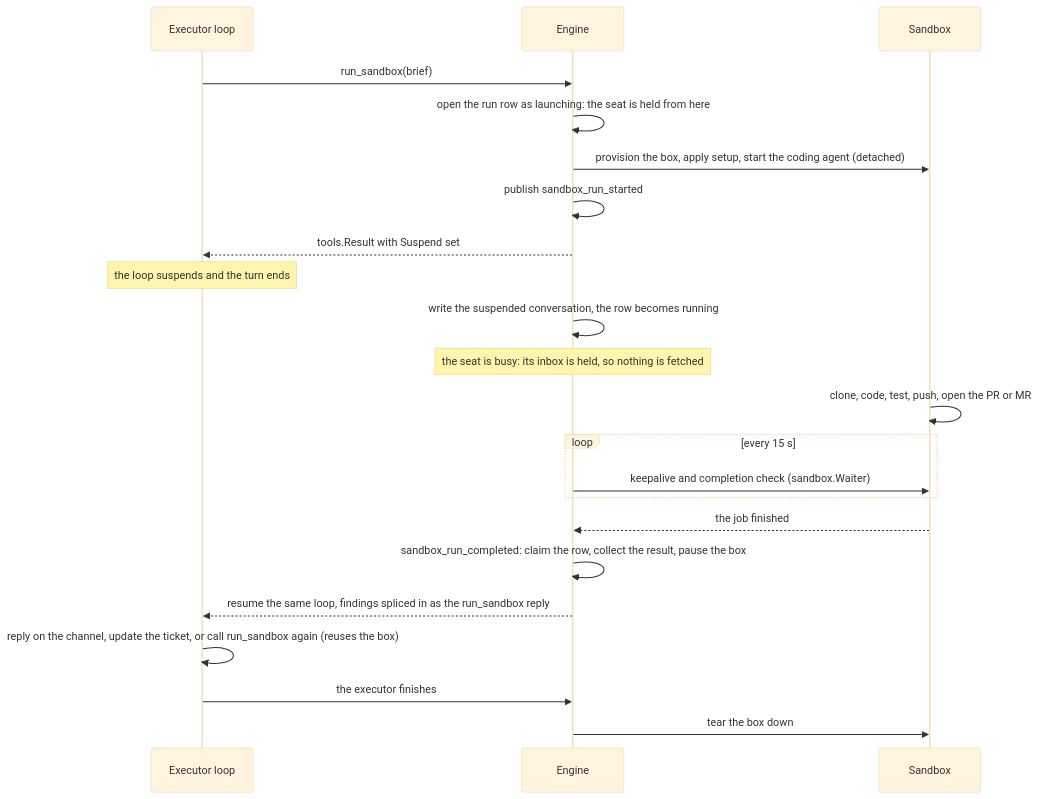
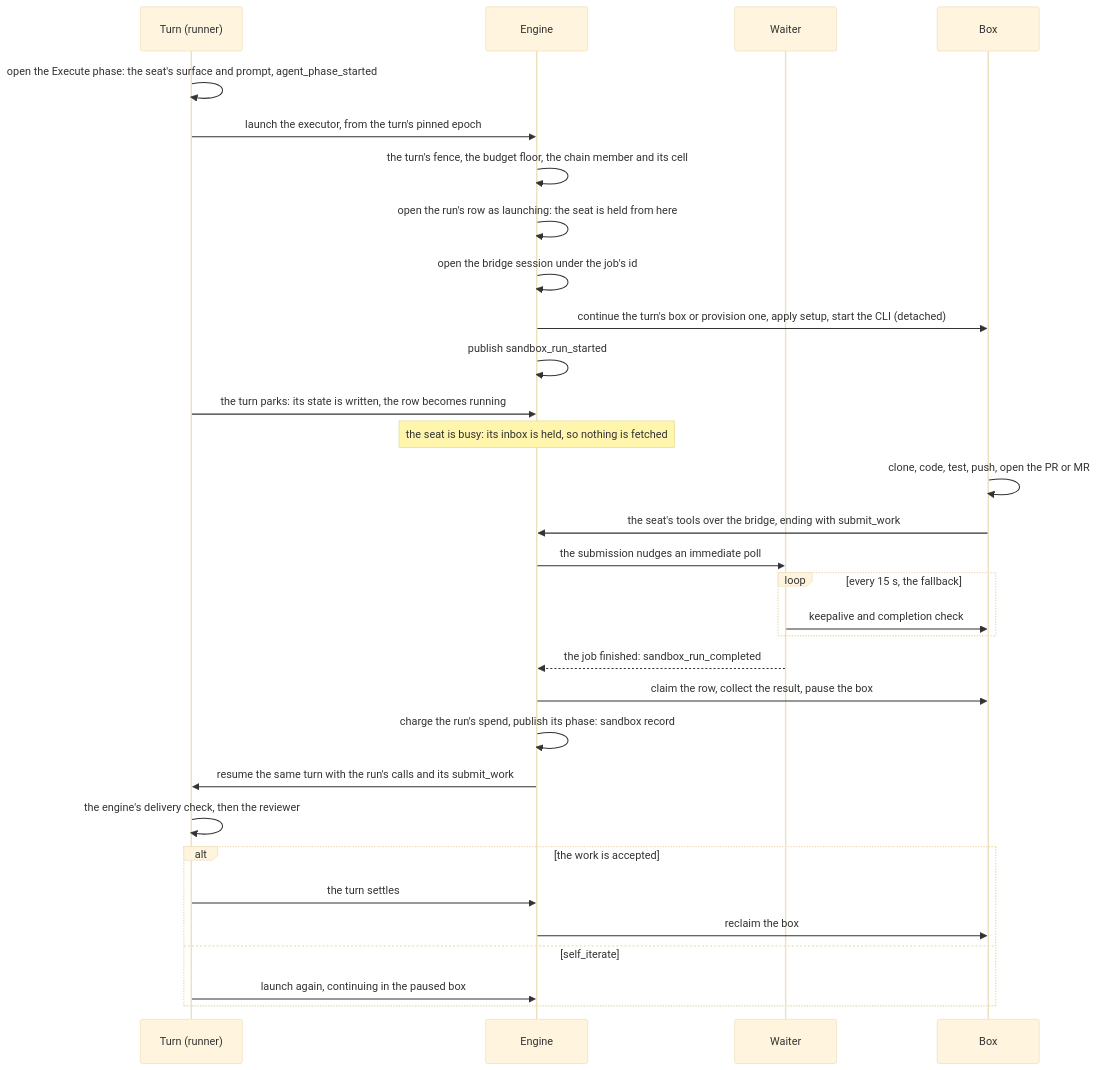
Before and after one commit to crewlet/crewlet: the first of 3 diagrams in docs/concepts/code-sandbox.md, drawn with Mermaid (base theme). The commit also changed other lines of this file and 23 other files, not shown here.

````diff
--- a/docs/concepts/code-sandbox.md
+++ b/docs/concepts/code-sandbox.md
@@ -21,24 +23,33 @@
 ```mermaid
 sequenceDiagram
-    participant X as Executor loop
+    participant T as Turn (runner)
     participant E as Engine
-    participant B as Sandbox
-    X->>E: run_sandbox(brief)
-    E->>E: open the run row as launching: the seat is held from here
-    E->>B: provision the box, apply setup, start the coding agent (detached)
+    participant W as Waiter
+    participant B as Box
+    T->>T: open the Execute phase: the seat's surface and prompt, agent_phase_started
+    T->>E: launch the executor, from the turn's pinned epoch
+    E->>E: the turn's fence, the budget floor, the chain member and its cell
+    E->>E: open the run's row as launching: the seat is held from here
+    E->>E: open the bridge session under the job's id
+    E->>B: continue the turn's box or provision one, apply setup, start the CLI (detached)
     E->>E: publish sandbox_run_started
-    E-->>X: tools.Result with Suspend set
-    Note over X: the loop suspends and the turn ends
-    E->>E: write the suspended conversation, the row becomes running
+    T->>E: the turn parks: its state is written, the row becomes running
     Note over E: the seat is busy: its inbox is held, so nothing is fetched
     B->>B: clone, code, test, push, open the PR or MR
-    loop every 15 s
-        E->>B: keepalive and completion check (sandbox.Waiter)
+    B->>E: the seat's tools over the bridge, ending with submit_work
+    E->>W: the submission nudges an immediate poll
+    loop every 15 s, the fallback
+        W->>B: keepalive and completion check
     end
-    B-->>E: the job finished
-    E->>E: sandbox_run_completed: claim the row, collect the result, pause the box
-    E-->>X: resume the same loop, findings spliced in as the run_sandbox reply
-    X->>X: reply on the channel, update the ticket, or call run_sandbox again (reuses the box)
-    X->>E: the executor finishes
-    E->>B: tear the box down
+    W-->>E: the job finished: sandbox_run_completed
+    E->>B: claim the row, collect the result, pause the box
+    E->>E: charge the run's spend, publish its phase: sandbox record
+    E->>T: resume the same turn with the run's calls and its submit_work
+    T->>T: the engine's delivery check, then the reviewer
+    alt the work is accepted
+        T->>E: the turn settles
+        E->>B: reclaim the box
+    else self_iterate
+        T->>E: launch again, continuing in the paused box
+    end
 ```
````
